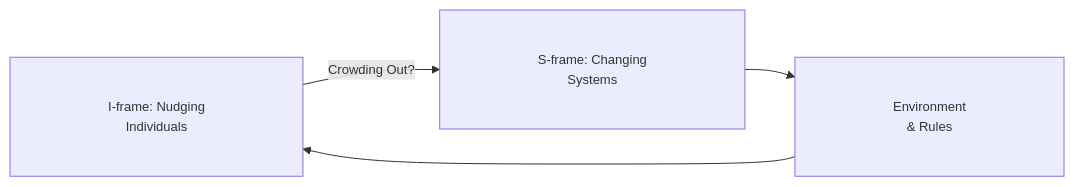
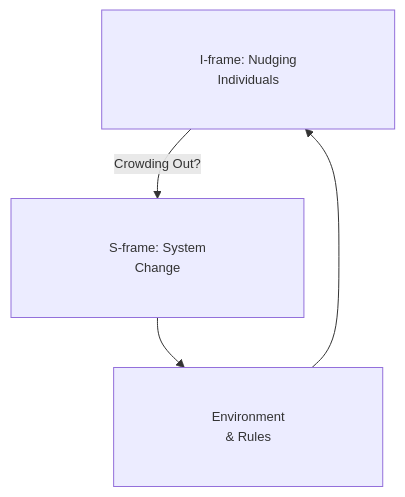
The fifth of 7 diagrams in Communication_Influence/Mastery_Guide_SOW_BS033.md (GM024/CourseSummaries), drawn with Mermaid before and after one commit. The commit also changed other lines of this file, not shown here.

Commit message:
Standardize diagrams with Responsive Node Sizing, 13px font, and Quad-Padding

````diff
--- a/Communication_Influence/Mastery_Guide_SOW_BS033.md
+++ b/Communication_Influence/Mastery_Guide_SOW_BS033.md
@@ -156,7 +156,7 @@
 ```mermaid
 %%{init: {'flowchart': {'padding': 40}, 'themeVariables': { 'fontSize': '13px' }}}%%
-graph LR
-    I["&nbsp;&nbsp;&nbsp;&nbsp; I-frame: Nudging &nbsp;&nbsp;&nbsp;&nbsp;<br/>&nbsp;&nbsp;&nbsp;&nbsp; Individuals &nbsp;&nbsp;&nbsp;&nbsp;"] -- Crowding Out? --> S["&nbsp;&nbsp;&nbsp;&nbsp; S-frame: Changing &nbsp;&nbsp;&nbsp;&nbsp;<br/>&nbsp;&nbsp;&nbsp;&nbsp; Systems &nbsp;&nbsp;&nbsp;&nbsp;"]
-    S --> Environment["&nbsp;&nbsp;&nbsp;&nbsp; Environment &nbsp;&nbsp;&nbsp;&nbsp;<br/>&nbsp;&nbsp;&nbsp;&nbsp; & Rules &nbsp;&nbsp;&nbsp;&nbsp;"]
-    Environment --> I
+graph TD
+    I["&nbsp;&nbsp;&nbsp;&nbsp; I-frame: Nudging &nbsp;&nbsp;&nbsp;&nbsp;<br/>&nbsp;&nbsp;&nbsp;&nbsp; Individuals &nbsp;&nbsp;&nbsp;&nbsp;"] -- Crowding Out? --> S["&nbsp;&nbsp;&nbsp;&nbsp; S-frame: System &nbsp;&nbsp;&nbsp;&nbsp;<br/>&nbsp;&nbsp;&nbsp;&nbsp; Change &nbsp;&nbsp;&nbsp;&nbsp;"]
+    S --> Env["&nbsp;&nbsp;&nbsp;&nbsp; Environment &nbsp;&nbsp;&nbsp;&nbsp;<br/>&nbsp;&nbsp;&nbsp;&nbsp; & Rules &nbsp;&nbsp;&nbsp;&nbsp;"]
+    Env --> I
 ```
````
